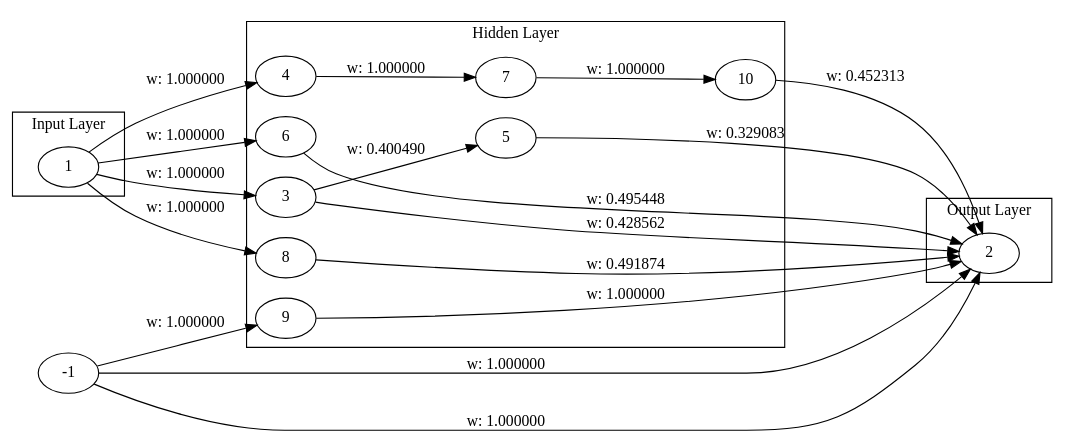
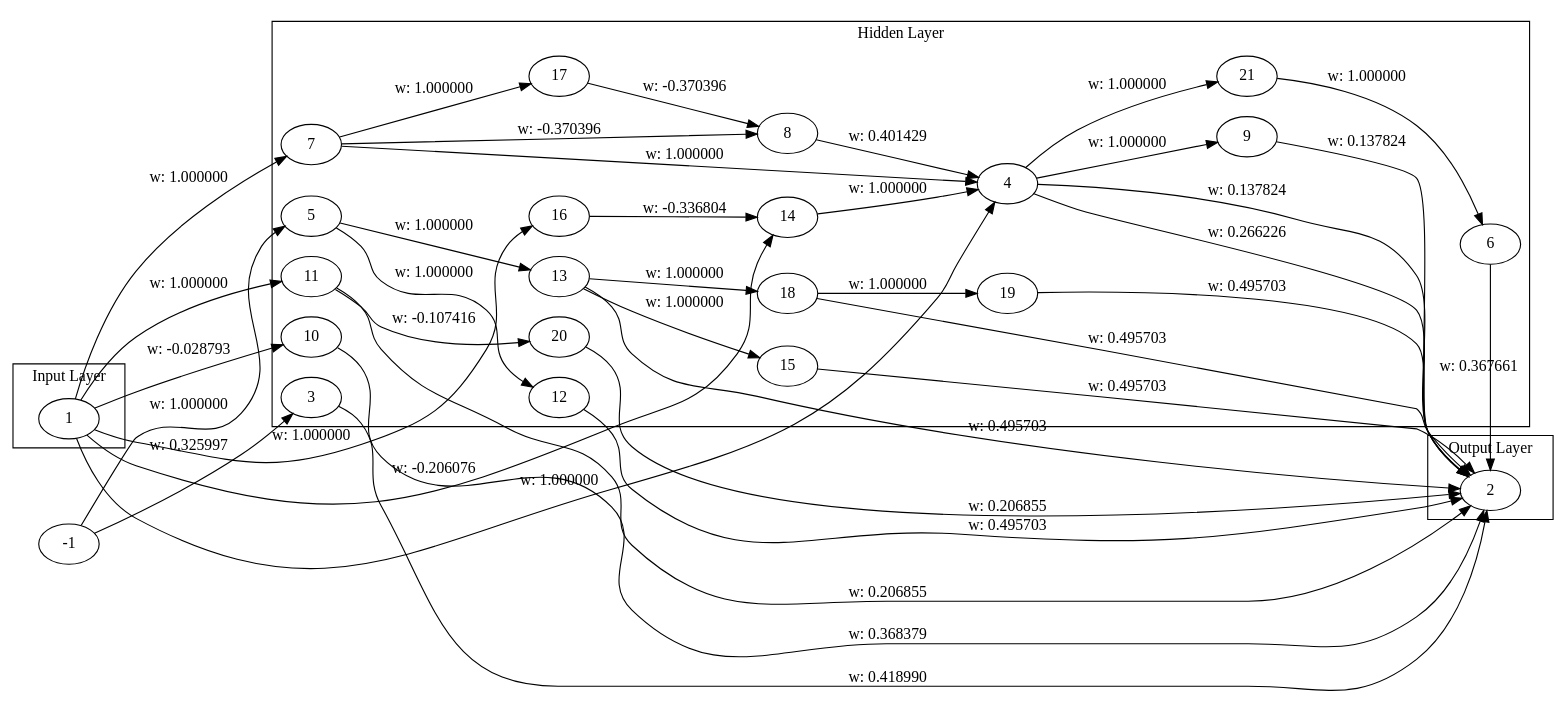
The diagram in genome_graph.dot (malikAkurtz/TradingSystem), drawn with Graphviz before and after one commit. The commit also changed 10 other files, not shown here.

```diff
--- a/genome_graph.dot
+++ b/genome_graph.dot
@@ -1,38 +1,70 @@
 digraph Genome {
   rankdir=LR;
   subgraph cluster_0 {
     label="Input Layer";
     1;
   }
   subgraph cluster_1 {
     label="Hidden Layer";
     3;
     4;
     5;
     6;
     7;
     8;
     9;
     10;
+    11;
+    12;
+    13;
+    14;
+    15;
+    16;
+    17;
+    18;
+    19;
+    20;
+    21;
   }
   subgraph cluster_2 {
     label="Output Layer";
     2;
   }
-  -1 -> 2 [label="w: 1.000000"];
-  -1 -> 2 [label="w: 1.000000"];
-  1 -> 3 [label="w: 1.000000"];
-  3 -> 2 [label="w: 0.428562"];
+  -1 -> 3 [label="w: 0.325997"];
+  3 -> 2 [label="w: 0.418990"];
   1 -> 4 [label="w: 1.000000"];
-  3 -> 5 [label="w: 0.400490"];
-  5 -> 2 [label="w: 0.329083"];
-  1 -> 6 [label="w: 1.000000"];
-  6 -> 2 [label="w: 0.495448"];
-  4 -> 7 [label="w: 1.000000"];
-  1 -> 8 [label="w: 1.000000"];
-  8 -> 2 [label="w: 0.491874"];
-  -1 -> 9 [label="w: 1.000000"];
-  9 -> 2 [label="w: 1.000000"];
-  7 -> 10 [label="w: 1.000000"];
-  10 -> 2 [label="w: 0.452313"];
+  4 -> 2 [label="w: 0.266226"];
+  4 -> 2 [label="w: 0.137824"];
+  -1 -> 5 [label="w: 1.000000"];
+  6 -> 2 [label="w: 0.367661"];
+  1 -> 7 [label="w: 1.000000"];
+  7 -> 4 [label="w: 1.000000"];
+  7 -> 8 [label="w: -0.370396"];
+  8 -> 4 [label="w: 0.401429"];
+  4 -> 9 [label="w: 1.000000"];
+  9 -> 2 [label="w: 0.137824"];
+  1 -> 10 [label="w: -0.028793"];
+  10 -> 2 [label="w: 0.368379"];
+  1 -> 11 [label="w: 1.000000"];
+  11 -> 2 [label="w: 0.206855"];
+  5 -> 12 [label="w: 1.000000"];
+  12 -> 2 [label="w: 0.495703"];
+  5 -> 13 [label="w: 1.000000"];
+  13 -> 2 [label="w: 0.495703"];
+  1 -> 14 [label="w: -0.206076"];
+  14 -> 4 [label="w: 1.000000"];
+  13 -> 15 [label="w: 1.000000"];
+  15 -> 2 [label="w: 0.495703"];
+  1 -> 16 [label="w: 1.000000"];
+  16 -> 14 [label="w: -0.336804"];
+  7 -> 17 [label="w: 1.000000"];
+  17 -> 8 [label="w: -0.370396"];
+  13 -> 18 [label="w: 1.000000"];
+  18 -> 2 [label="w: 0.495703"];
+  18 -> 19 [label="w: 1.000000"];
+  19 -> 2 [label="w: 0.495703"];
+  11 -> 20 [label="w: -0.107416"];
+  20 -> 2 [label="w: 0.206855"];
+  4 -> 21 [label="w: 1.000000"];
+  21 -> 6 [label="w: 1.000000"];
 }
```
